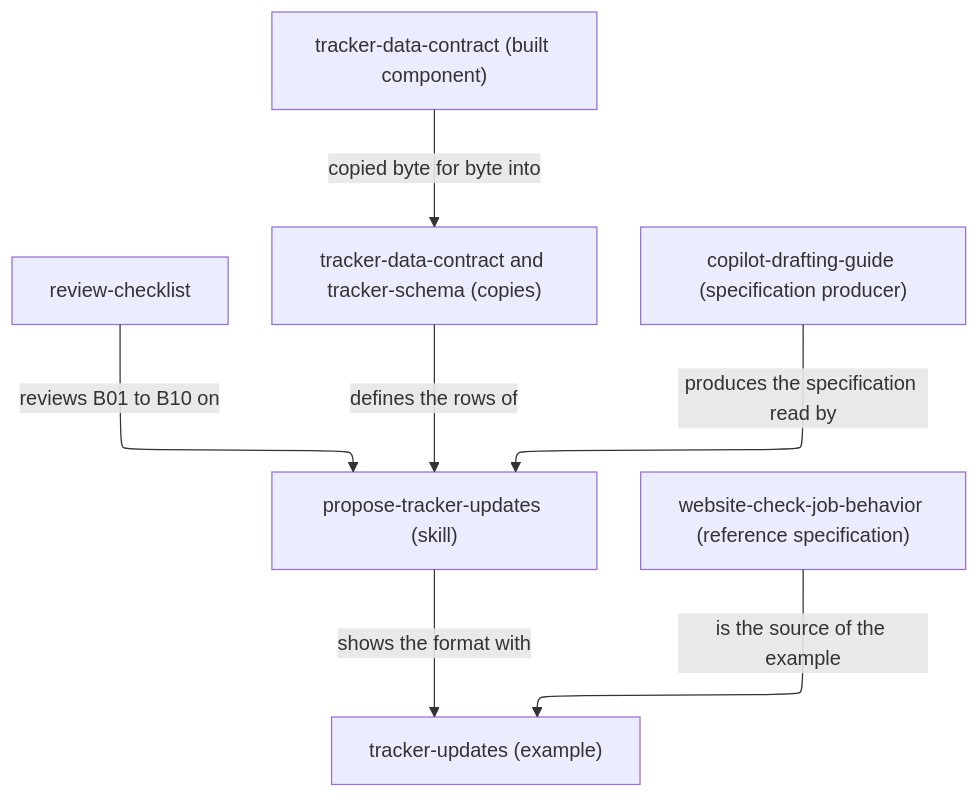
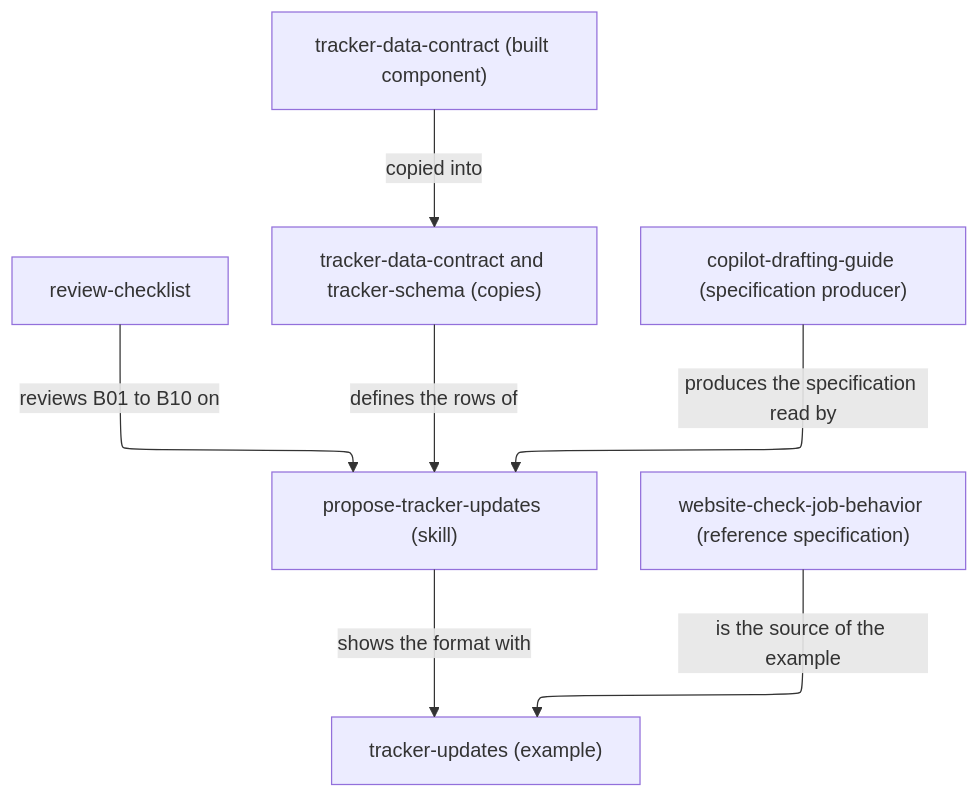
One commit to vrparthasarathy/migration-job-discovery changed the diagram in tracker-update-proposer/README.md. Above: the diagram before and after it, drawn with Mermaid. The commit also changed other lines of this file and 143 other files, not shown here.

````diff
--- a/tracker-update-proposer/README.md
+++ b/tracker-update-proposer/README.md
@@ -43,28 +36,28 @@
 ```mermaid
 ---
 config:
   layout: elk
 ---
 %%{init: {"securityLevel": "loose"}}%%
 flowchart TB
   chk["review-checklist"]
   skill["propose-tracker-updates (skill)"]
   copy["tracker-data-contract and tracker-schema (copies)"]
   ex["tracker-updates (example)"]
   contract["tracker-data-contract (built component)"]
   drafting["copilot-drafting-guide (specification producer)"]
   ref["website-check-job-behavior (reference specification)"]
   click chk "review-checklist.md"
   click skill "propose-tracker-updates/SKILL.md"
   click copy "propose-tracker-updates/tracker-data-contract.md"
   click ex "propose-tracker-updates/tracker-updates.csv"
   click contract "../tracker-data-contract/README.md"
   click drafting "../copilot-drafting-guide/README.md"
   click ref "../website-check-job-behavior/README.md"
-  contract -->|"copied byte for byte into"| copy
+  contract -->|"copied into"| copy
   copy -->|"defines the rows of"| skill
   skill -->|"shows the format with"| ex
   ref -->|"is the source of the example"| ex
   drafting -->|"produces the specification read by"| skill
   chk -->|"reviews B01 to B10 on"| skill
 ```
````
